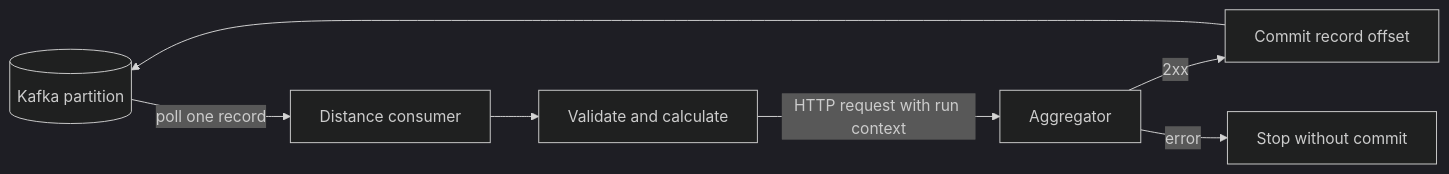
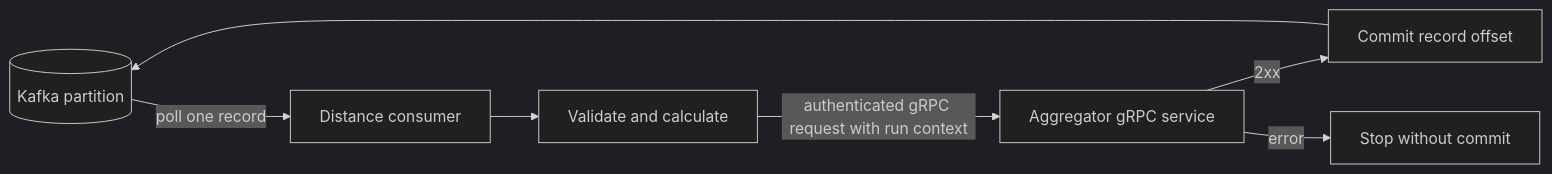
One commit to Tanmoy095/FleetToll-Engine changed the diagram in docs/learning/features/06-kafka-consumer-lifecycle.md. Above: the diagram before and after it, drawn with Mermaid (dark theme). The commit also changed other lines of this file and 26 other files, not shown here.

````diff
--- a/docs/learning/features/06-kafka-consumer-lifecycle.md
+++ b/docs/learning/features/06-kafka-consumer-lifecycle.md
@@ -9,9 +9,9 @@
 ```mermaid
 flowchart LR
   K[(Kafka partition)] -->|poll one record| C[Distance consumer]
   C --> V[Validate and calculate]
-  V -->|HTTP request with run context| A[Aggregator]
+  V -->|authenticated gRPC request with run context| A[Aggregator gRPC service]
   A -->|2xx| O[Commit record offset]
   A -->|error| S[Stop without commit]
   O --> K
 ```
````
